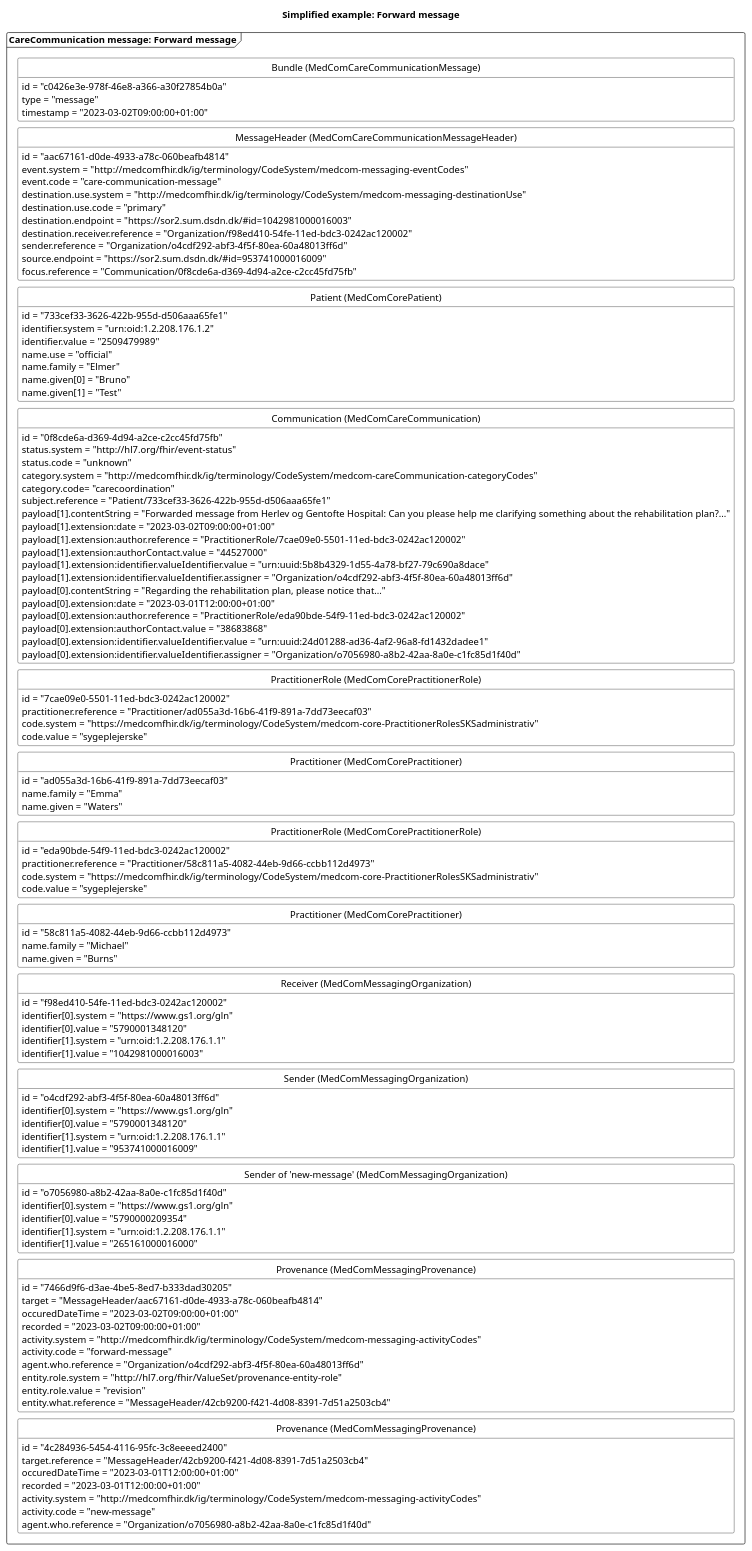
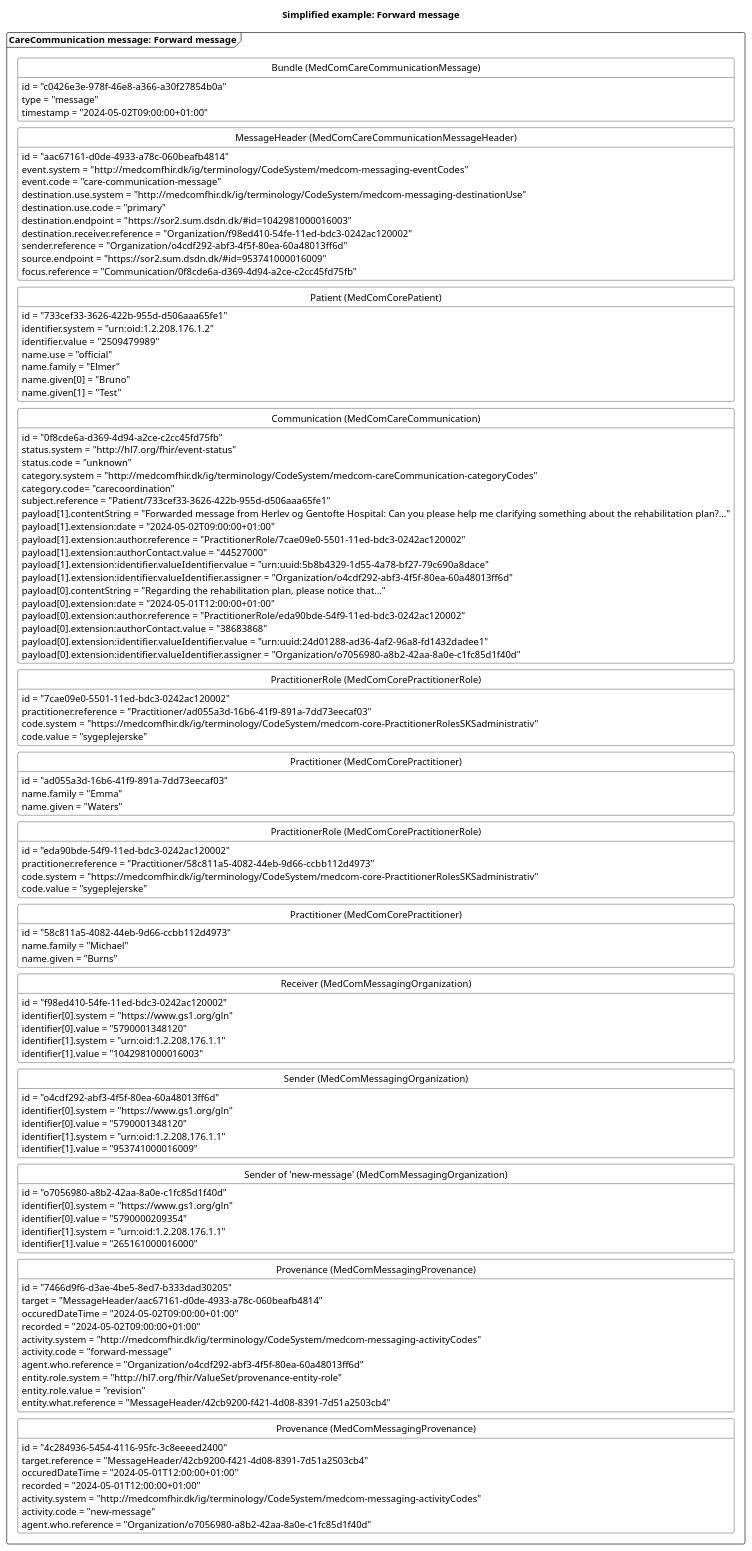
Before and after one commit to medcomdk/dk-medcom-carecommunication: the diagram in puml/CareCommunicationForwardMessage.puml, drawn with PlantUML. The commit also changed 20 other files, not shown here.

```diff
--- a/puml/CareCommunicationForwardMessage.puml
+++ b/puml/CareCommunicationForwardMessage.puml
@@ -1,145 +1,145 @@
 @startuml CCForwardMessage2
 
 'layout
 skinparam class {
     BackgroundColor White
     BorderColor Black
     ArrowColor Black
   }
 hide circle
 hide empty members
 skinparam SameClassWidth true
 skinparam Ranksep 10
 
 
 'title
 title Simplified example: Forward message
 
 'Message 1: Forward message
 package "CareCommunication message: Forward message" as forward <<Frame>>{
     class "Bundle (MedComCareCommunicationMessage)" as forwardB {
         id = "c0426e3e-978f-46e8-a366-a30f27854b0a"
         type = "message"
-        timestamp = "2023-03-02T09:00:00+01:00"
+        timestamp = "2024-05-02T09:00:00+01:00"
     }
     class "MessageHeader (MedComCareCommunicationMessageHeader)" as forwardMH{
         id = "aac67161-d0de-4933-a78c-060beafb4814"
         event.system = "http://medcomfhir.dk/ig/terminology/CodeSystem/medcom-messaging-eventCodes"
         event.code = "care-communication-message"
         destination.use.system = "http://medcomfhir.dk/ig/terminology/CodeSystem/medcom-messaging-destinationUse"
         destination.use.code = "primary"
         destination.endpoint = "https://sor2.sum.dsdn.dk/#id=1042981000016003"
         destination.receiver.reference = "Organization/f98ed410-54fe-11ed-bdc3-0242ac120002"
         sender.reference = "Organization/o4cdf292-abf3-4f5f-80ea-60a48013ff6d"
         source.endpoint = "https://sor2.sum.dsdn.dk/#id=953741000016009"
         focus.reference = "Communication/0f8cde6a-d369-4d94-a2ce-c2cc45fd75fb"
     }
     class "Patient (MedComCorePatient)" as forwardPT{
         id = "733cef33-3626-422b-955d-d506aaa65fe1"
         identifier.system = "urn:oid:1.2.208.176.1.2"
         identifier.value = "2509479989"
         name.use = "official"
         name.family = "Elmer"
         name.given[0] = "Bruno"
         name.given[1] = "Test"
     }
     class "Communication (MedComCareCommunication)" as forwardCom{
         id = "0f8cde6a-d369-4d94-a2ce-c2cc45fd75fb"
         status.system = "http://hl7.org/fhir/event-status" 
         status.code = "unknown"
         category.system = "http://medcomfhir.dk/ig/terminology/CodeSystem/medcom-careCommunication-categoryCodes"
         category.code= "carecoordination"
         subject.reference = "Patient/733cef33-3626-422b-955d-d506aaa65fe1"
         payload[1].contentString = "Forwarded message from Herlev og Gentofte Hospital: Can you please help me clarifying something about the rehabilitation plan?..."
-        payload[1].extension:date = "2023-03-02T09:00:00+01:00"
+        payload[1].extension:date = "2024-05-02T09:00:00+01:00"
         payload[1].extension:author.reference = "PractitionerRole/7cae09e0-5501-11ed-bdc3-0242ac120002"
         payload[1].extension:authorContact.value = "44527000"
         payload[1].extension:identifier.valueIdentifier.value = "urn:uuid:5b8b4329-1d55-4a78-bf27-79c690a8dace"
         payload[1].extension:identifier.valueIdentifier.assigner = "Organization/o4cdf292-abf3-4f5f-80ea-60a48013ff6d"
         payload[0].contentString = "Regarding the rehabilitation plan, please notice that..."
-        payload[0].extension:date = "2023-03-01T12:00:00+01:00"
+        payload[0].extension:date = "2024-05-01T12:00:00+01:00"
         payload[0].extension:author.reference = "PractitionerRole/eda90bde-54f9-11ed-bdc3-0242ac120002"
         payload[0].extension:authorContact.value = "38683868"
         payload[0].extension:identifier.valueIdentifier.value = "urn:uuid:24d01288-ad36-4af2-96a8-fd1432dadee1"
         payload[0].extension:identifier.valueIdentifier.assigner = "Organization/o7056980-a8b2-42aa-8a0e-c1fc85d1f40d"
     }
     class "PractitionerRole (MedComCorePractitionerRole)" as forwardPracR{
         id = "7cae09e0-5501-11ed-bdc3-0242ac120002"
         practitioner.reference = "Practitioner/ad055a3d-16b6-41f9-891a-7dd73eecaf03"
         code.system = "https://medcomfhir.dk/ig/terminology/CodeSystem/medcom-core-PractitionerRolesSKSadministrativ"
         code.value = "sygeplejerske"
     }
     class "Practitioner (MedComCorePractitioner)" as forwardPrac{
         id = "ad055a3d-16b6-41f9-891a-7dd73eecaf03"
         name.family = "Emma"
         name.given = "Waters"
     }
     class "PractitionerRole (MedComCorePractitionerRole)" as newPracR{
         id = "eda90bde-54f9-11ed-bdc3-0242ac120002"
         practitioner.reference = "Practitioner/58c811a5-4082-44eb-9d66-ccbb112d4973"
         code.system = "https://medcomfhir.dk/ig/terminology/CodeSystem/medcom-core-PractitionerRolesSKSadministrativ"
         code.value = "sygeplejerske"
     }
     class "Practitioner (MedComCorePractitioner)" as newPrac{
         id = "58c811a5-4082-44eb-9d66-ccbb112d4973"
         name.family = "Michael"
         name.given = "Burns"
     }
     class "Receiver (MedComMessagingOrganization)" as forwardROrg{
         id = "f98ed410-54fe-11ed-bdc3-0242ac120002"
         identifier[0].system = "https://www.gs1.org/gln"
         identifier[0].value = "5790001348120"
         identifier[1].system = "urn:oid:1.2.208.176.1.1"
         identifier[1].value = "1042981000016003"
     }
     class "Sender (MedComMessagingOrganization)" as forwardSOrg{
         id = "o4cdf292-abf3-4f5f-80ea-60a48013ff6d"
         identifier[0].system = "https://www.gs1.org/gln"
         identifier[0].value = "5790001348120"
         identifier[1].system = "urn:oid:1.2.208.176.1.1"
         identifier[1].value = "953741000016009"
     }
     class "Sender of 'new-message' (MedComMessagingOrganization)" as senderOrg{
         id = "o7056980-a8b2-42aa-8a0e-c1fc85d1f40d"
         identifier[0].system = "https://www.gs1.org/gln"
         identifier[0].value = "5790000209354"
         identifier[1].system = "urn:oid:1.2.208.176.1.1"
         identifier[1].value = "265161000016000"
     }
     class "Provenance (MedComMessagingProvenance)" as forwardPRO{
         id = "7466d9f6-d3ae-4be5-8ed7-b333dad30205"
         target = "MessageHeader/aac67161-d0de-4933-a78c-060beafb4814"
-        occuredDateTime = "2023-03-02T09:00:00+01:00"
-        recorded = "2023-03-02T09:00:00+01:00"
+        occuredDateTime = "2024-05-02T09:00:00+01:00"
+        recorded = "2024-05-02T09:00:00+01:00"
         activity.system = "http://medcomfhir.dk/ig/terminology/CodeSystem/medcom-messaging-activityCodes"
         activity.code = "forward-message"
         agent.who.reference = "Organization/o4cdf292-abf3-4f5f-80ea-60a48013ff6d"
         entity.role.system = "http://hl7.org/fhir/ValueSet/provenance-entity-role"
         entity.role.value = "revision"
         entity.what.reference = "MessageHeader/42cb9200-f421-4d08-8391-7d51a2503cb4"
     }
     class "Provenance (MedComMessagingProvenance)" as newPRO{
         id = "4c284936-5454-4116-95fc-3c8eeeed2400"
         target.reference = "MessageHeader/42cb9200-f421-4d08-8391-7d51a2503cb4"
-        occuredDateTime = "2023-03-01T12:00:00+01:00"
-        recorded = "2023-03-01T12:00:00+01:00"
+        occuredDateTime = "2024-05-01T12:00:00+01:00"
+        recorded = "2024-05-01T12:00:00+01:00"
         activity.system = "http://medcomfhir.dk/ig/terminology/CodeSystem/medcom-messaging-activityCodes"
         activity.code = "new-message"
         agent.who.reference = "Organization/o7056980-a8b2-42aa-8a0e-c1fc85d1f40d"
     }
 
 forwardB -[hidden]- forwardMH
 forwardMH -[hidden]-forwardPT
 forwardPT-[hidden]-forwardCom
 forwardCom -[hidden]-forwardPracR
 forwardPracR-[hidden]-forwardPrac
 forwardPrac-[hidden]-newPracR
 newPracR-[hidden]-newPrac
 newPrac-[hidden]-forwardROrg
 forwardROrg-[hidden]- forwardSOrg
 forwardSOrg-[hidden]-senderOrg
 senderOrg-[hidden]-forwardPRO
 forwardPRO-[hidden]-newPRO
 
 
 @enduml
```
